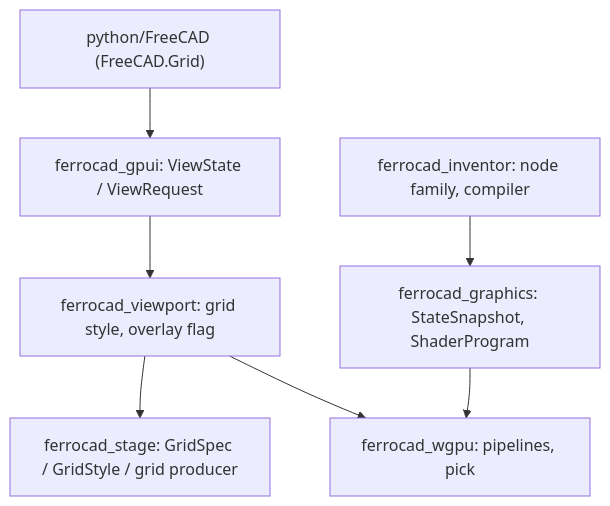
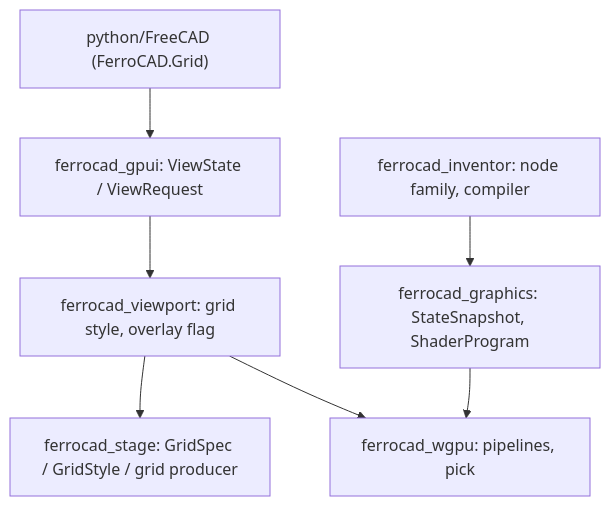
One commit to ferrocad/ferrocad changed the second of 2 diagrams in docs/workbenches/grid-overlay-plan.md. Above: the diagram before and after it, drawn with Mermaid. The commit also changed other lines of this file and 34 other files, not shown here.

First line of the commit message:
docs: record the FreeCAD/FerroCAD API boundary

````diff
--- a/docs/workbenches/grid-overlay-plan.md
+++ b/docs/workbenches/grid-overlay-plan.md
@@ -577,13 +577,13 @@
 ```mermaid
 flowchart TD
-    P["python/FreeCAD (FreeCAD.Grid)"]
+    P["python/FreeCAD (FerroCAD.Grid)"]
     S["ferrocad_gpui: ViewState / ViewRequest"]
     V["ferrocad_viewport: grid style, overlay flag"]
     T["ferrocad_stage: GridSpec / GridStyle / grid producer"]
     I["ferrocad_inventor: node family, compiler"]
     R["ferrocad_graphics: StateSnapshot, ShaderProgram"]
     W["ferrocad_wgpu: pipelines, pick"]
     P --> S --> V --> T
     I --> R --> W
     V --> W
 ```
````
